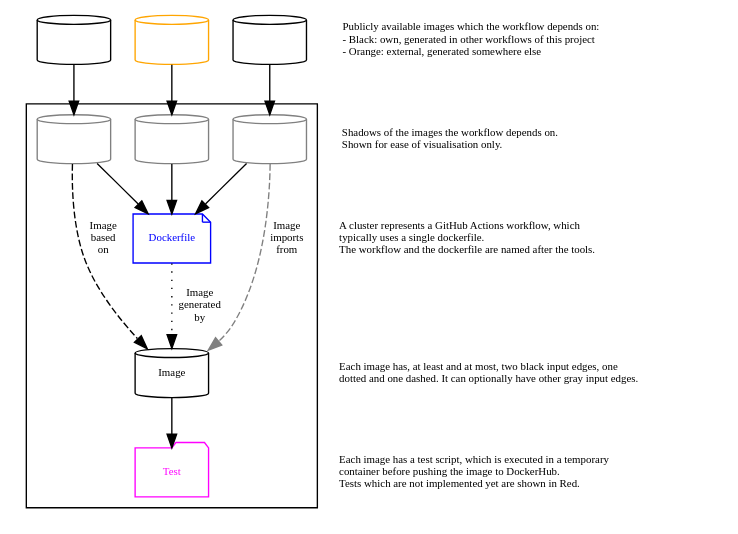
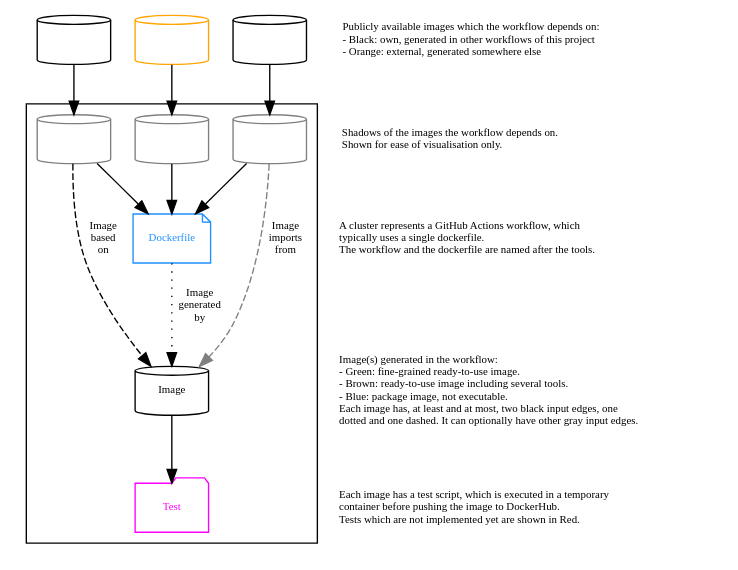
One commit to hdl/containers changed the diagram in graph/legend.dot. Above: the diagram before and after it, drawn with Graphviz. The commit also changed 1 other file, not shown here.

Commit message:
graph: add colours to images

```diff
--- a/graph/legend.dot
+++ b/graph/legend.dot
@@ -1,54 +1,54 @@
 digraph G {
 
   #splines=polyline; #curved
   newrank=true;
   node [fontsize=8];
   edge [fontsize=8];
 
   { rank=same
     image_ext [shape=cylinder, color=orange, fontcolor=orange, label=""];
     image_hdl [shape=cylinder, label=""];
     image_hdlpkg [shape=cylinder, label=""];
     deps [shape=none, label="Publicly available images which the workflow depends on:\l- Black: own, generated in other workflows of this project\l- Orange: external, generated somewhere else\l"]
   }
 
   subgraph cluster_legend {
     test [shape=folder, color=magenta, fontcolor=magenta, label="Test"];
     image [shape=cylinder, label="Image"];
     image_base [shape=cylinder, color=grey, fontcolor=grey, label=""];
     image_dep [shape=cylinder, color=grey, fontcolor=grey, label=""];
     image_pkg [shape=cylinder, color=grey, fontcolor=grey, label=""];
-    dockerfile [shape=note, color=blue, fontcolor=blue, label="Dockerfile"];
+    dockerfile [shape=note, color=dodgerblue, fontcolor=dodgerblue, label="Dockerfile"];
     {
       image_base,
       image_dep,
       image_pkg
     } -> dockerfile;
     dockerfile -> image [style=dotted, label="Image\ngenerated\nby"];
     image_base -> image [style=dashed, label="Image\nbased\non"];
     image_pkg -> image [style=dashed, color=gray, label="Image\nimports\nfrom"];
     image -> test;
   }
   { rank=same
     image_base
     image_dep
     image_pkg
     shadow [shape=none, label="Shadows of the images the workflow depends on.\lShown for ease of visualisation only.\l"];
   }
   { rank=same
     dockerfile
     workflow [shape=none, label="A cluster represents a GitHub Actions workflow, which\ltypically uses a single dockerfile.\l The workflow and the dockerfile are named after the tools.\l"];
   }
   { rank=same
     image
-    desc [shape=none, label="Each image has, at least and at most, two black input edges, one\ldotted and one dashed. It can optionally have other gray input edges.\l"];
+    desc [shape=none, label="Image(s) generated in the workflow:\l- Green: fine-grained ready-to-use image.\l- Brown: ready-to-use image including several tools.\l- Blue: package image, not executable.\lEach image has, at least and at most, two black input edges, one\ldotted and one dashed. It can optionally have other gray input edges.\l"];
   }
   { rank=same
     test
     test_desc [shape=none, label="Each image has a test script, which is executed in a temporary\lcontainer before pushing the image to DockerHub.\lTests which are not implemented yet are shown in Red.\l"];
   }
   image_ext -> image_dep;
   image_hdl -> image_base;
   image_hdlpkg -> image_pkg;
 
 }
```
